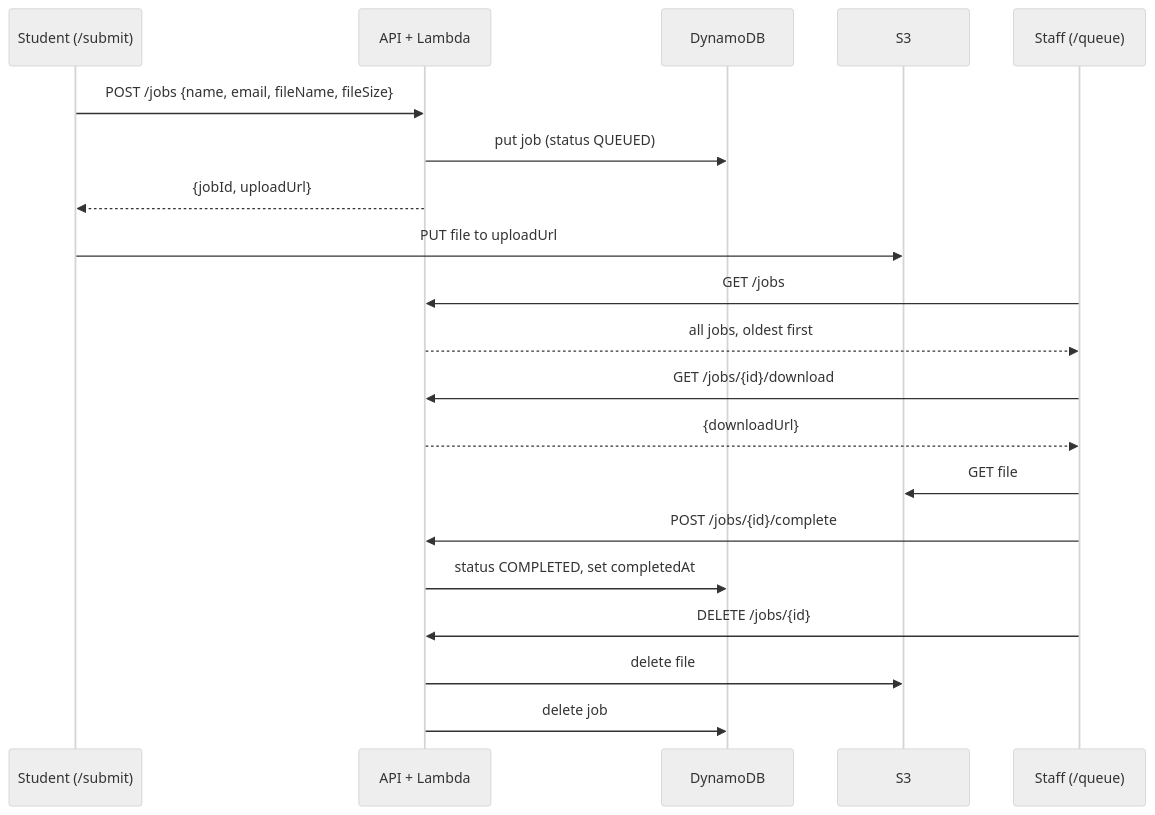
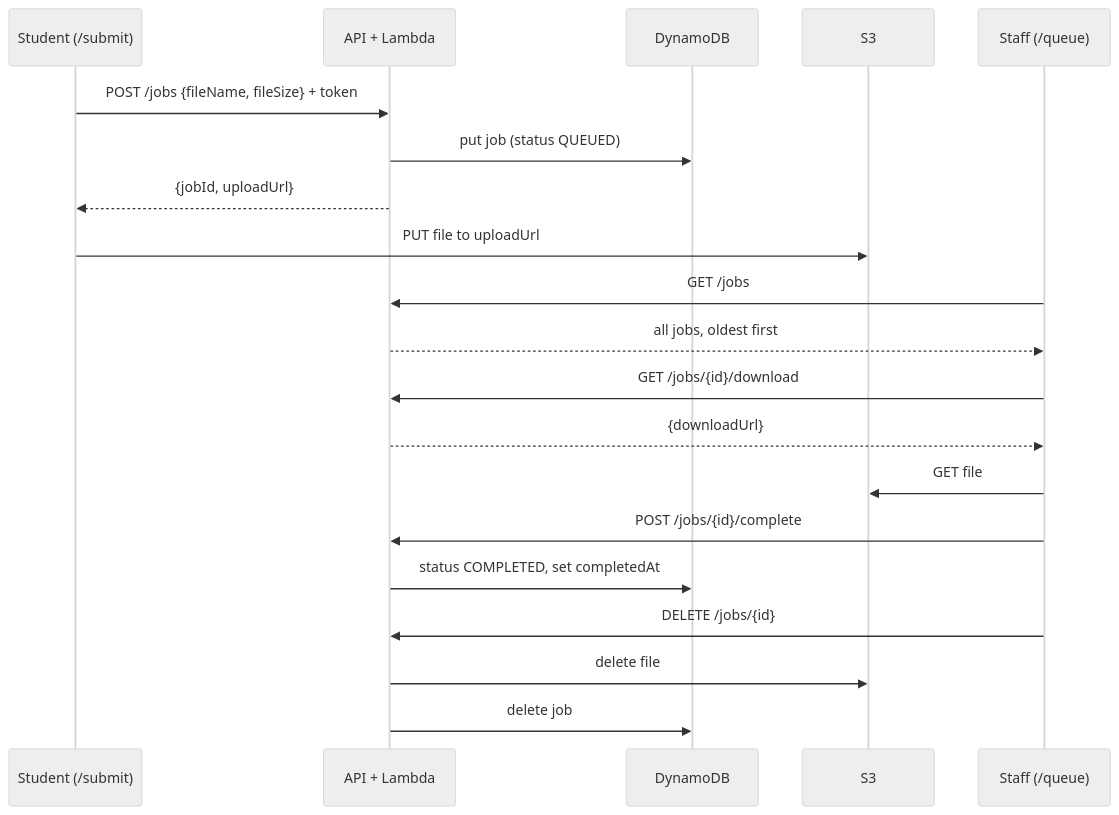
The second of 3 diagrams in docs/architecture.md (AWS-SBG-at-the-University-of-Kentucky/innovation-center-laser-queue), drawn with Mermaid (neutral theme) before and after one commit. The commit also changed other lines of this file and 22 other files, not shown here.

````diff
--- a/docs/architecture.md
+++ b/docs/architecture.md
@@ -36,23 +40,23 @@
 ```mermaid
 sequenceDiagram
   participant S as Student (/submit)
   participant API as API + Lambda
   participant DB as DynamoDB
   participant B as S3
   participant T as Staff (/queue)
 
-  S->>API: POST /jobs {name, email, fileName, fileSize}
+  S->>API: POST /jobs {fileName, fileSize} + token
   API->>DB: put job (status QUEUED)
   API-->>S: {jobId, uploadUrl}
   S->>B: PUT file to uploadUrl
   T->>API: GET /jobs
   API-->>T: all jobs, oldest first
   T->>API: GET /jobs/{id}/download
   API-->>T: {downloadUrl}
   T->>B: GET file
   T->>API: POST /jobs/{id}/complete
   API->>DB: status COMPLETED, set completedAt
   T->>API: DELETE /jobs/{id}
   API->>B: delete file
   API->>DB: delete job
 ```
````
